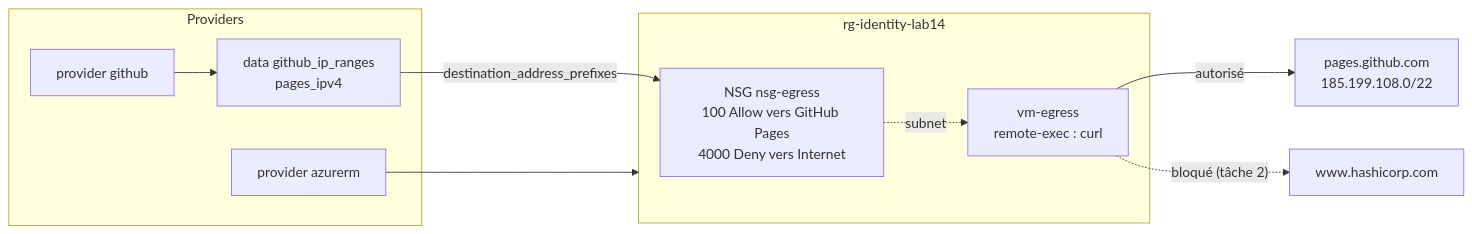
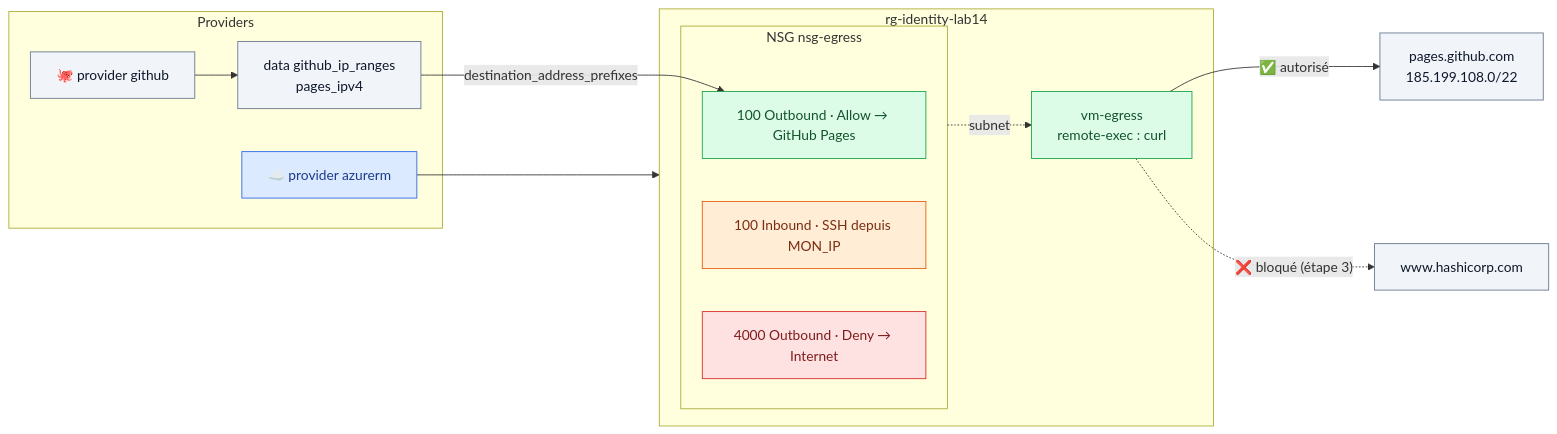
One commit to hajjiBel/terraform-azure-labs changed the diagram in lab14-multi-provider.md. Above: the diagram before and after it, drawn with Mermaid. The commit also changed other lines of this file and 158 other files, not shown here.

````diff
--- a/lab14-multi-provider.md
+++ b/lab14-multi-provider.md
@@ -16,16 +22,25 @@
 ```mermaid
 flowchart LR
     subgraph Providers
-        GHP["provider github"] --> DS["data github_ip_ranges<br/>pages_ipv4"]
-        AZP["provider azurerm"]
+        GHP["🐙 provider github"]:::ext --> DS["data github_ip_ranges<br/>pages_ipv4"]:::ext
+        AZP["☁️ provider azurerm"]:::net
     end
-    DS -- "destination_address_prefixes" --> NSG
+    DS -- "destination_address_prefixes" --> R1
     AZP --> RG
     subgraph RG["rg-identity-lab14"]
-        NSG["NSG nsg-egress<br/>100 Allow vers GitHub Pages<br/>4000 Deny vers Internet"]
-        VM["vm-egress<br/>remote-exec : curl"]
+        subgraph NSG["NSG nsg-egress"]
+            R0["100 Inbound · SSH depuis MON_IP"]:::sec
+            R1["100 Outbound · Allow → GitHub Pages"]:::compute
+            R2["4000 Outbound · Deny → Internet"]:::replace
+        end
+        VM["vm-egress<br/>remote-exec : curl"]:::compute
         NSG -. "subnet" .-> VM
     end
-    VM -- "autorisé" --> PAGES["pages.github.com<br/>185.199.108.0/22"]
-    VM -. "bloqué (tâche 2)" .-> HC["www.hashicorp.com"]
+    VM -- "✅ autorisé" --> PAGES["pages.github.com<br/>185.199.108.0/22"]:::ext
+    VM -. "❌ bloqué (étape 3)" .-> HC["www.hashicorp.com"]:::ext
+    classDef net fill:#dbeafe,stroke:#2563eb,color:#1e3a8a
+    classDef compute fill:#dcfce7,stroke:#16a34a,color:#14532d
+    classDef sec fill:#ffedd5,stroke:#ea580c,color:#7c2d12
+    classDef replace fill:#fee2e2,stroke:#dc2626,color:#7f1d1d
+    classDef ext fill:#f1f5f9,stroke:#64748b,color:#0f172a
 ```
````
